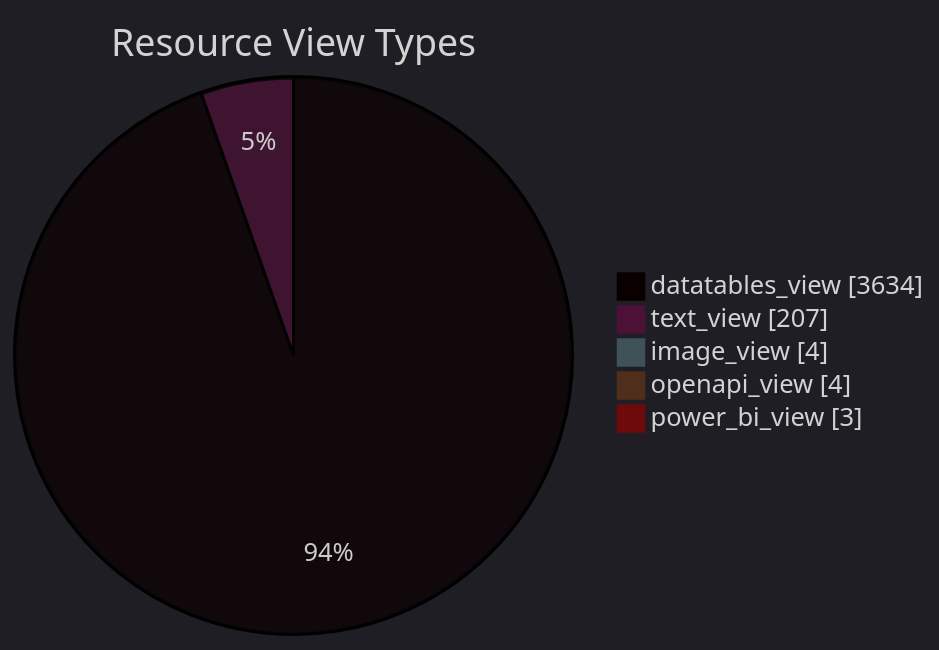
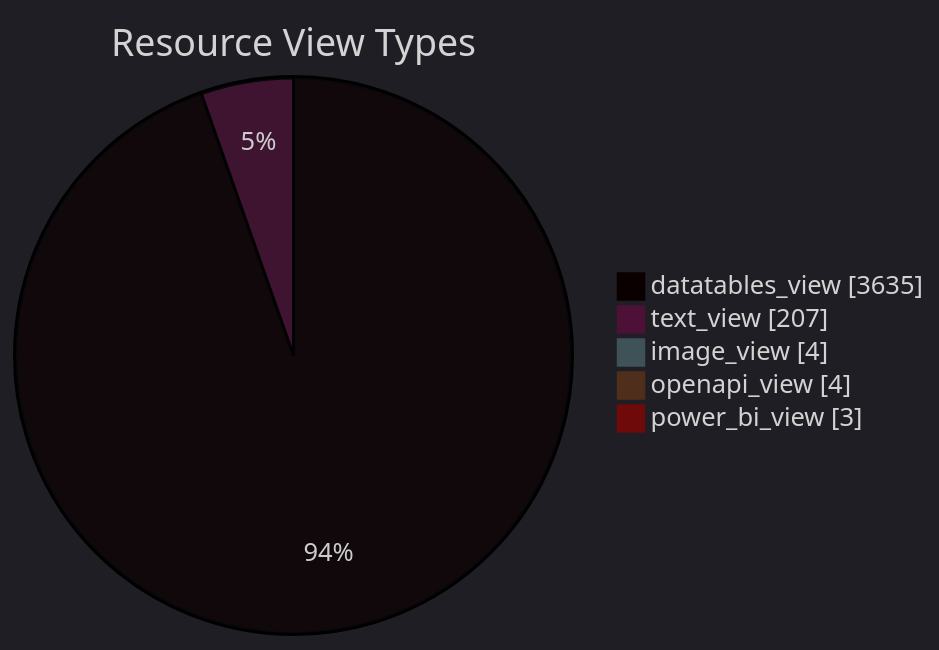
Before and after one commit to open-data/analytics-corporate-reporting: the diagram in datastore_tracker/resource_view_types_pie_chart.md, drawn with Mermaid. The commit also changed 9 other files, not shown here.

````diff
--- a/datastore_tracker/resource_view_types_pie_chart.md
+++ b/datastore_tracker/resource_view_types_pie_chart.md
@@ -2,12 +2,12 @@
 ```mermaid
 ---
 config:
   theme: dark
 ---
 pie showData title Resource View Types
-    "datatables_view": 3634
+    "datatables_view": 3635
     "text_view": 207
     "image_view": 4
     "openapi_view": 4
     "power_bi_view": 3
 ```
````
